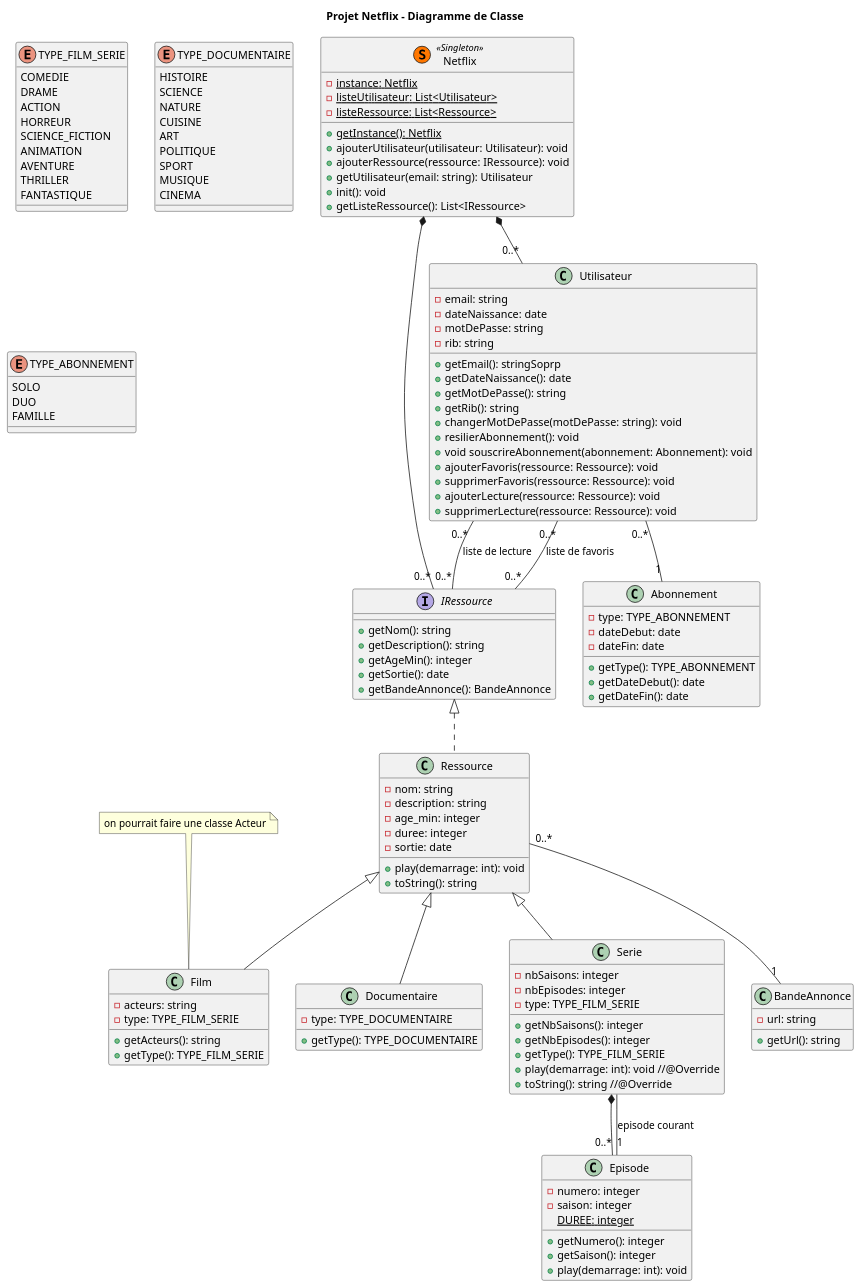
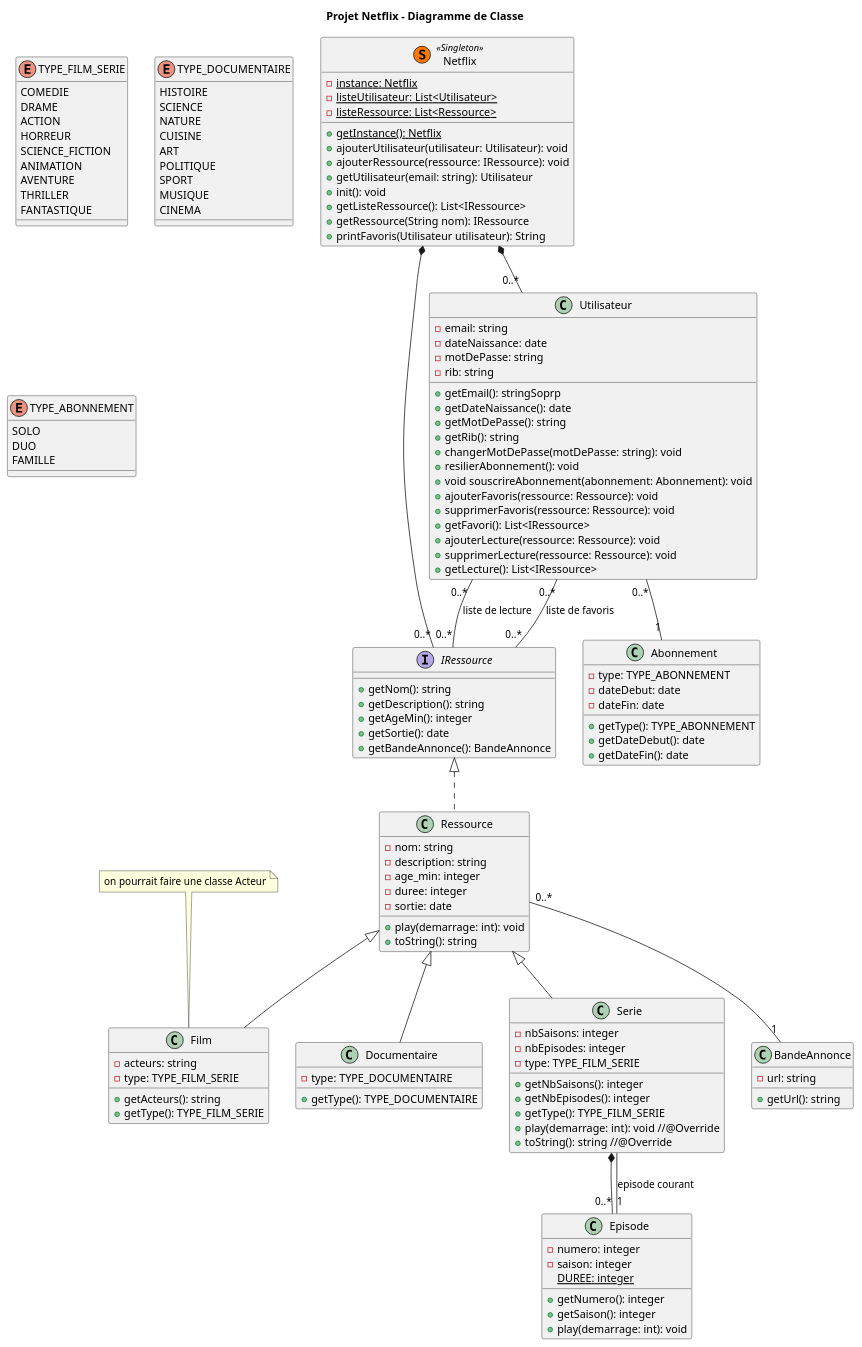
Before and after one commit to tigrou23/Netflix_JAVA: the diagram in diagramme.puml, drawn with PlantUML. The commit also changed 3 other files, not shown here.

```diff
--- a/diagramme.puml
+++ b/diagramme.puml
@@ -1,157 +1,161 @@
 @startuml
 
 title Projet Netflix - Diagramme de Classe
 
 class Netflix << (S,#FF7700) Singleton >>{
     {static} - instance: Netflix
     {static} - listeUtilisateur: List<Utilisateur>
     {static} - listeRessource: List<Ressource>
     {static} + getInstance(): Netflix
     + ajouterUtilisateur(utilisateur: Utilisateur): void
     + ajouterRessource(ressource: IRessource): void
     + getUtilisateur(email: string): Utilisateur
     + init(): void
     + getListeRessource(): List<IRessource>
+    + getRessource(String nom): IRessource
+    + printFavoris(Utilisateur utilisateur): String
 }
 
 Netflix *-- "0..*" Utilisateur
 Netflix *-- "0..*" IRessource
 
 /'
 ---- Définition des Ressources ----
 '/
 
 enum TYPE_FILM_SERIE {
     COMEDIE
     DRAME
     ACTION
     HORREUR
     SCIENCE_FICTION
     ANIMATION
     AVENTURE
     THRILLER
     FANTASTIQUE
 }
 
 enum TYPE_DOCUMENTAIRE{
     HISTOIRE
     SCIENCE
     NATURE
     CUISINE
     ART
     POLITIQUE
     SPORT
     MUSIQUE
     CINEMA
 }
 
 class BandeAnnonce{
     - url: string
     + getUrl(): string
 }
 
 interface IRessource{
     + getNom(): string
     + getDescription(): string
     + getAgeMin(): integer
     + getSortie(): date
     + getBandeAnnonce(): BandeAnnonce
 }
 
 note "on pourrait faire une classe Acteur" as acteur
 acteur .. Film
 
 abstract Ressource {
     - nom: string
     - description: string
     - age_min: integer
     - duree: integer
     - sortie: date
     + play(demarrage: int): void
     + toString(): string
 }
 
 Ressource "0..*" -- "1" BandeAnnonce
 class Ressource implements IRessource
 
 class Film{
     - acteurs: string
     - type: TYPE_FILM_SERIE
     + getActeurs(): string
     + getType(): TYPE_FILM_SERIE
 }
 
 class Documentaire{
     - type: TYPE_DOCUMENTAIRE
     + getType(): TYPE_DOCUMENTAIRE
 }
 
 class Serie{
     - nbSaisons: integer
     - nbEpisodes: integer
     - type: TYPE_FILM_SERIE
     + getNbSaisons(): integer
     + getNbEpisodes(): integer
     + getType(): TYPE_FILM_SERIE
     + play(demarrage: int): void //@Override
     + toString(): string //@Override
 }
 
 class Episode{
     - numero: integer
     - saison: integer
     {static} DUREE: integer
     + getNumero(): integer
     + getSaison(): integer
     + play(demarrage: int): void
 }
 
 Serie *-- "0..*" Episode
 Serie -- "1" Episode : "episode courant"
 
 class Film extends Ressource
 class Documentaire extends Ressource
 class Serie extends Ressource
 
 /'
 ---- Définition des Utilisateurs ----
 '/
 
 enum TYPE_ABONNEMENT{
     SOLO
     DUO
     FAMILLE
 }
 
 class Abonnement{
     - type: TYPE_ABONNEMENT
     - dateDebut: date
     - dateFin: date
     + getType(): TYPE_ABONNEMENT
     + getDateDebut(): date
     + getDateFin(): date
 }
 
 class Utilisateur{
     - email: string
     - dateNaissance: date
     - motDePasse: string
     - rib: string
     + getEmail(): stringSoprp
     + getDateNaissance(): date
     + getMotDePasse(): string
     + getRib(): string
     + changerMotDePasse(motDePasse: string): void
     + resilierAbonnement(): void
     + void souscrireAbonnement(abonnement: Abonnement): void
     + ajouterFavoris(ressource: Ressource): void
     + supprimerFavoris(ressource: Ressource): void
+    + getFavori(): List<IRessource>
     + ajouterLecture(ressource: Ressource): void
     + supprimerLecture(ressource: Ressource): void
+    + getLecture(): List<IRessource>
 }
 
 Utilisateur "0..*" -- "0..*" IRessource : "liste de favoris"
 Utilisateur "0..*" -- "0..*" IRessource : "liste de lecture"
 Utilisateur "0..*" -- "1" Abonnement
 
 @enduml
```
